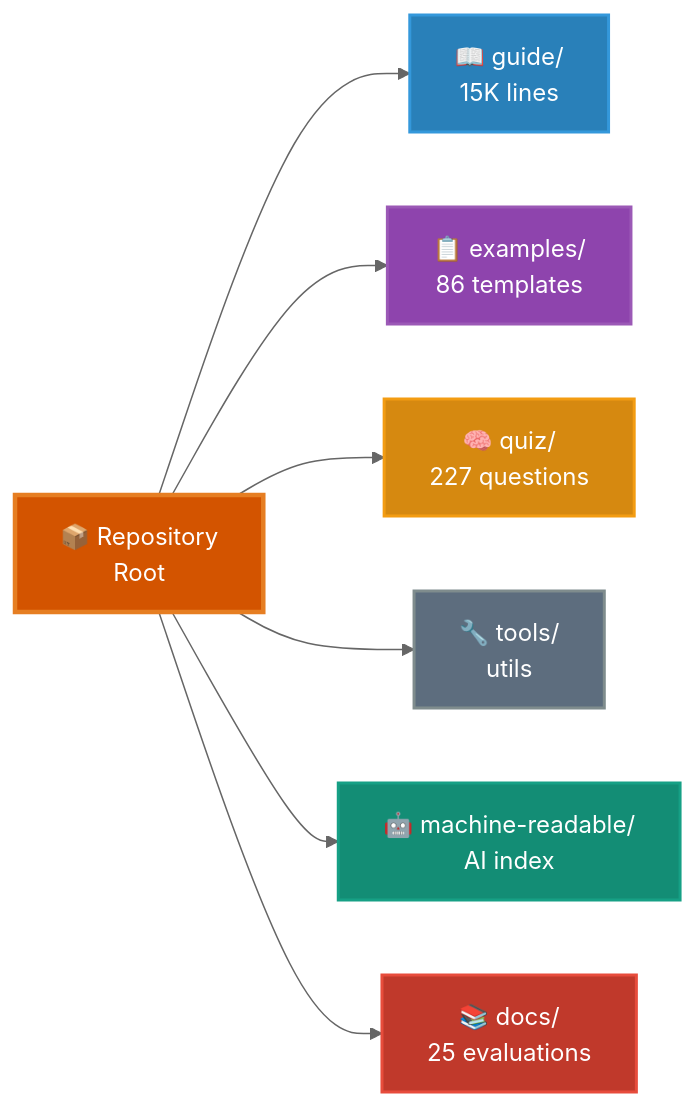
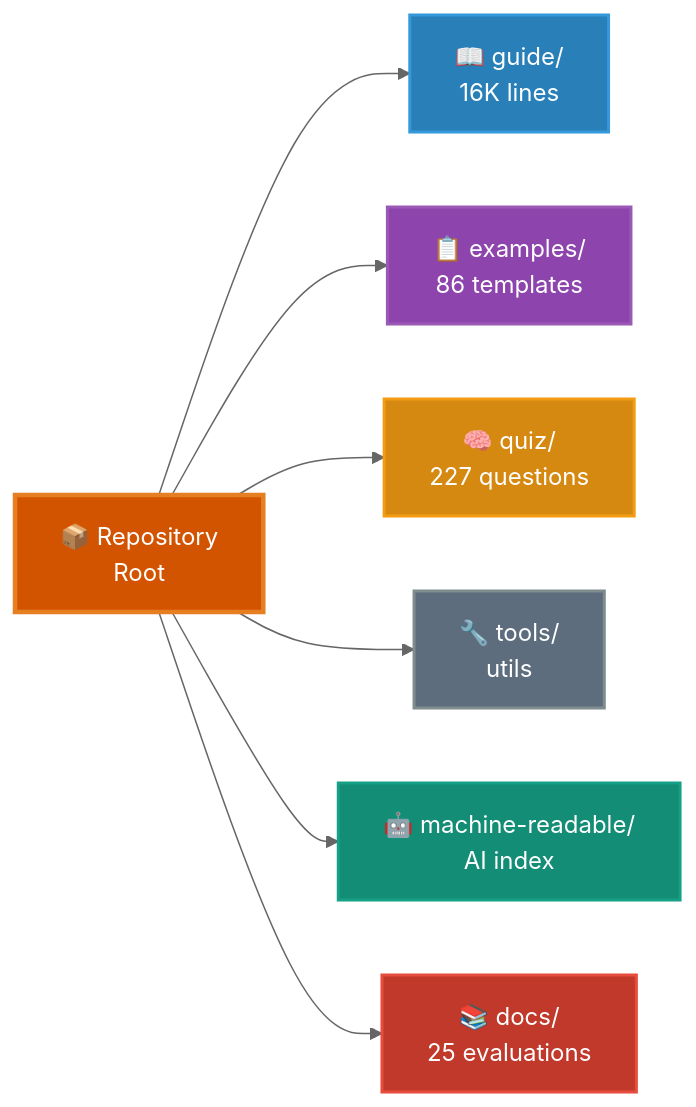
Before and after one commit to scostello/claude-code-ultimate-guide: the diagram in README.md, drawn with Mermaid (neutral theme). The commit also changed other lines of this file and 7 other files, not shown here.

````diff
--- a/README.md
+++ b/README.md
@@ -65,19 +65,19 @@
 ```mermaid
 graph LR
     root[📦 Repository<br/>Root]
 
-    root --> guide[📖 guide/<br/>15K lines]
+    root --> guide[📖 guide/<br/>16K lines]
     root --> examples[📋 examples/<br/>86 templates]
     root --> quiz[🧠 quiz/<br/>227 questions]
     root --> tools[🔧 tools/<br/>utils]
     root --> machine[🤖 machine-readable/<br/>AI index]
     root --> docs[📚 docs/<br/>25 evaluations]
 
     style root fill:#d35400,stroke:#e67e22,stroke-width:3px,color:#fff
     style guide fill:#2980b9,stroke:#3498db,stroke-width:2px,color:#fff
     style examples fill:#8e44ad,stroke:#9b59b6,stroke-width:2px,color:#fff
     style quiz fill:#d68910,stroke:#f39c12,stroke-width:2px,color:#fff
     style tools fill:#5d6d7e,stroke:#7f8c8d,stroke-width:2px,color:#fff
     style machine fill:#138d75,stroke:#16a085,stroke-width:2px,color:#fff
     style docs fill:#c0392b,stroke:#e74c3c,stroke-width:2px,color:#fff
 ```
````
